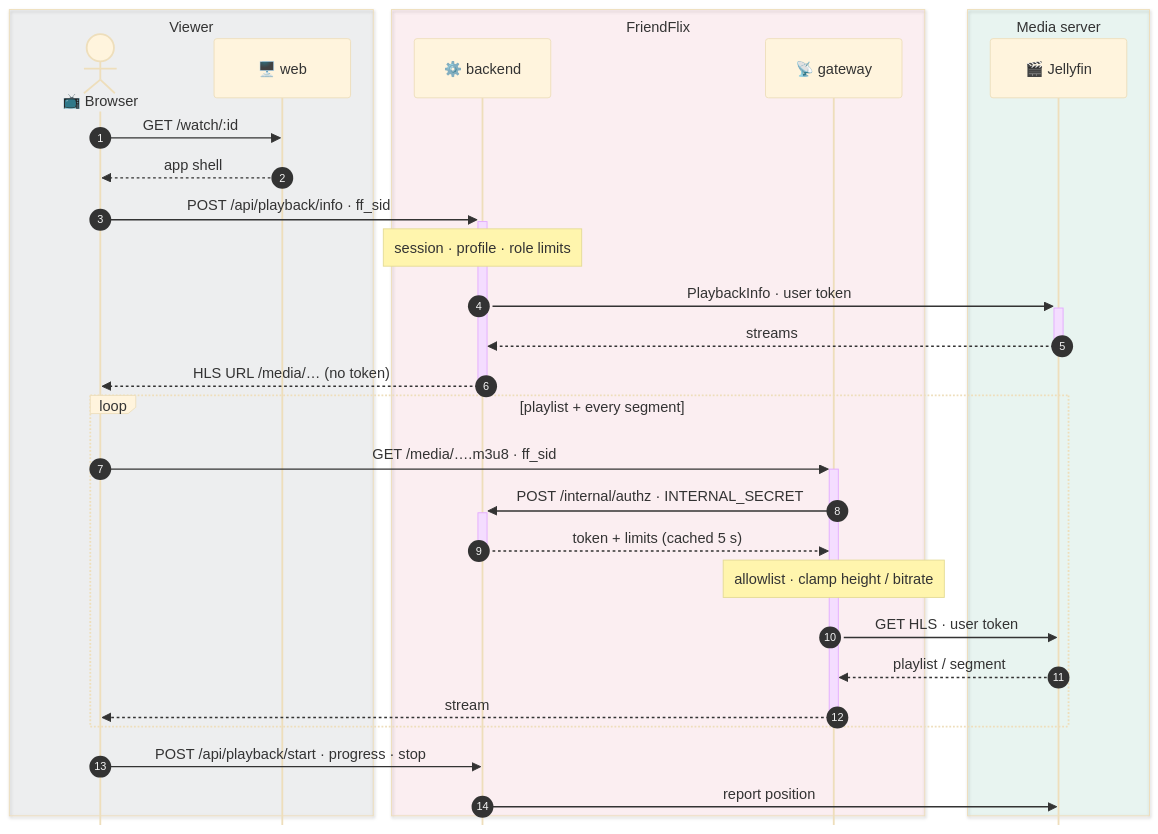
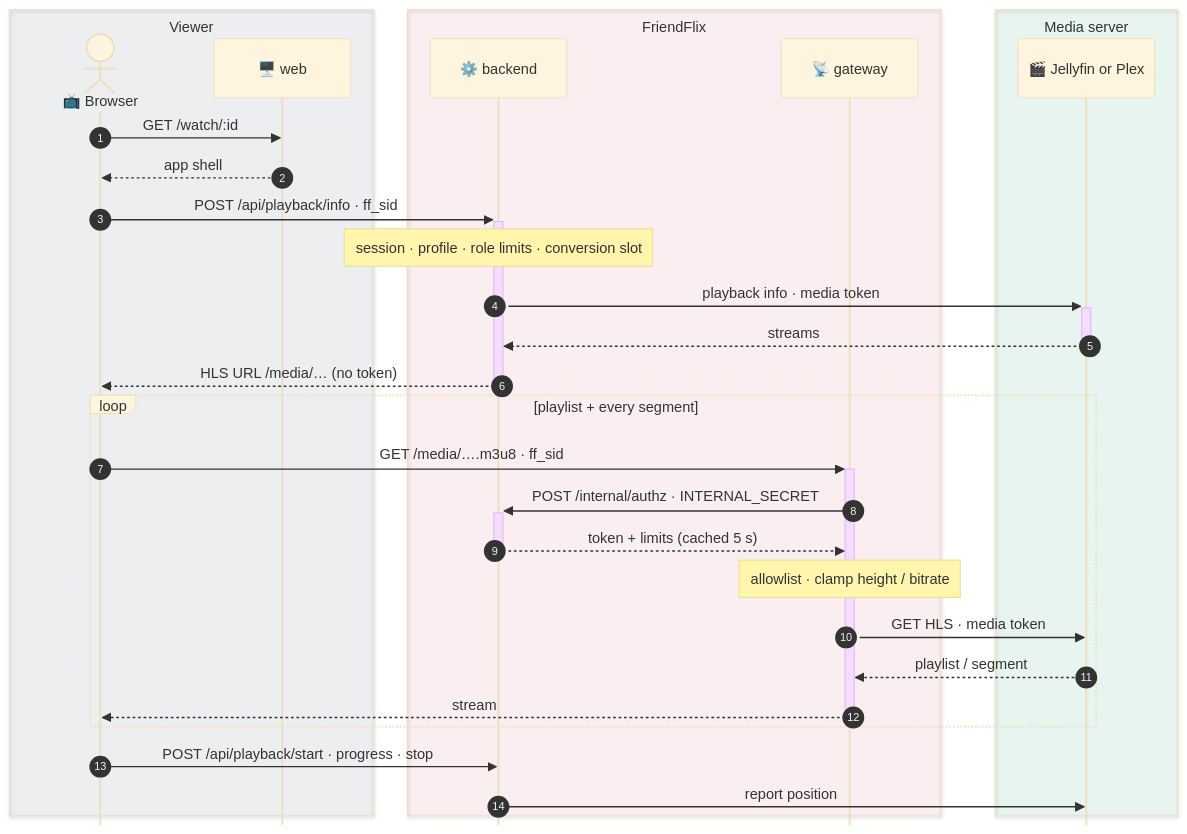
The third of 4 diagrams in docs/architecture.md (LetsManu/friendflix), drawn with Mermaid (base theme) before and after one commit. The commit also changed other lines of this file and 2 other files, not shown here.

````diff
--- a/docs/architecture.md
+++ b/docs/architecture.md
@@ -125,43 +192,43 @@
 ```mermaid
 ---
 config:
   sequence:
     mirrorActors: false
     messageMargin: 34
     boxMargin: 10
     noteMargin: 12
 ---
 sequenceDiagram
   accTitle: Press play
-  accDescr: Browser asks the backend for playback info, then streams HLS through the gateway, which authorises every request with the backend before talking to the media server.
+  accDescr: Browser asks the backend for playback info, then streams HLS through the gateway, which authorises every request with the backend before talking to the media server, Jellyfin or Plex.
   autonumber
   box rgba(139,148,158,0.10) Viewer
     actor browser as 📺 Browser
     participant web as 🖥️ web
   end
   box rgba(255,79,109,0.07) FriendFlix
     participant backend as ⚙️ backend
     participant gateway as 📡 gateway
   end
   box rgba(63,182,139,0.09) Media server
-    participant Jellyfin as 🎬 Jellyfin
+    participant media as 🎬 Jellyfin or Plex
   end
   browser->>web: GET /watch/:id
   web-->>browser: app shell
   browser->>+backend: POST /api/playback/info · ff_sid
-  Note over backend: session · profile · role limits
-  backend->>+Jellyfin: PlaybackInfo · user token
-  Jellyfin-->>-backend: streams
+  Note over backend: session · profile · role limits · conversion slot
+  backend->>+media: playback info · media token
+  media-->>-backend: streams
   backend-->>-browser: HLS URL /media/… (no token)
   loop playlist + every segment
     browser->>+gateway: GET /media/….m3u8 · ff_sid
     gateway->>+backend: POST /internal/authz · INTERNAL_SECRET
     backend-->>-gateway: token + limits (cached 5 s)
     Note over gateway: allowlist · clamp height / bitrate
-    gateway->>Jellyfin: GET HLS · user token
-    Jellyfin-->>gateway: playlist / segment
+    gateway->>media: GET HLS · media token
+    media-->>gateway: playlist / segment
     gateway-->>-browser: stream
   end
   browser->>backend: POST /api/playback/start · progress · stop
-  backend->>Jellyfin: report position
+  backend->>media: report position
 ```
````
